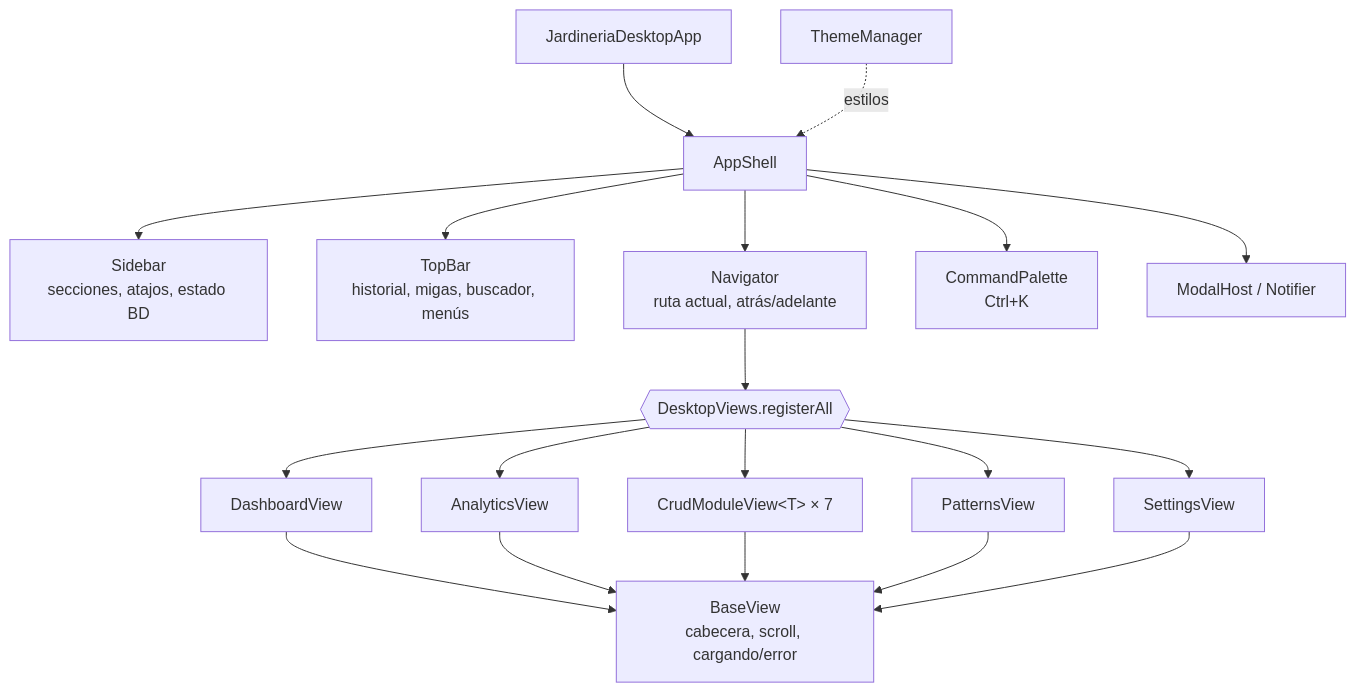
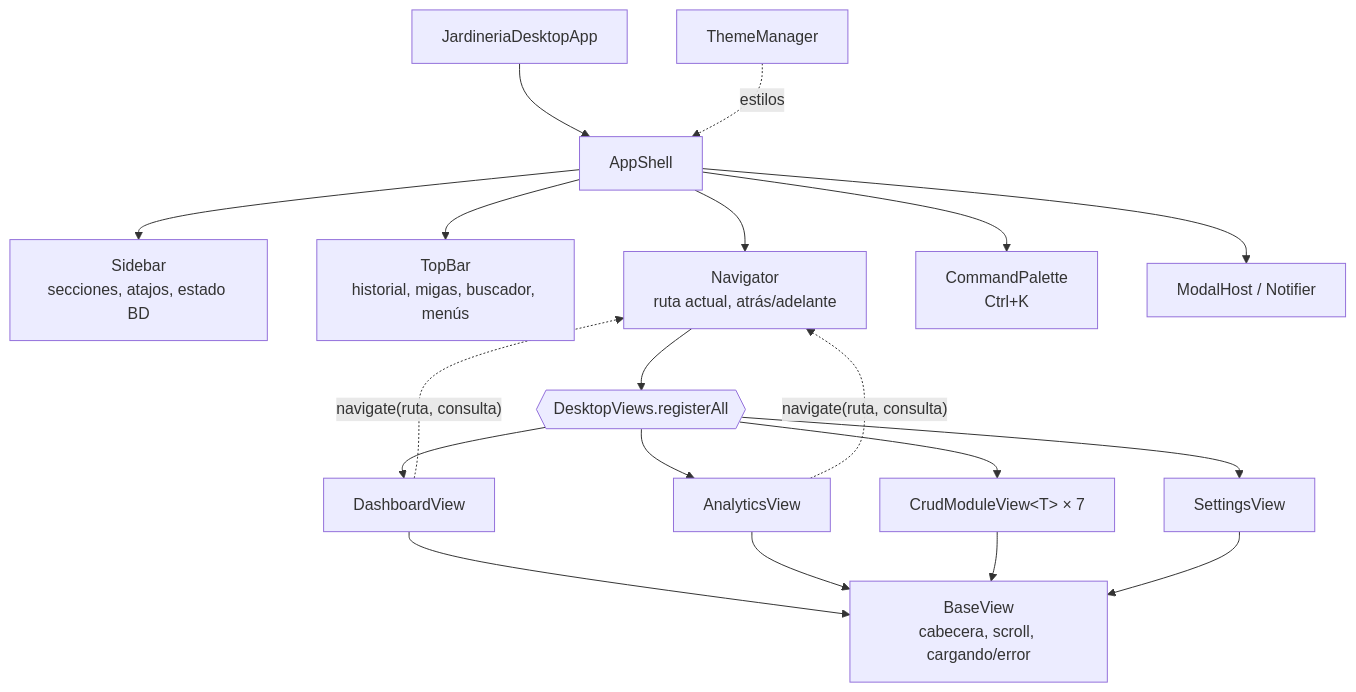
One commit to DEIMER-PY/gestion-db-jardineria changed the fifth of 5 diagrams in docs/ARQUITECTURA.md. Above: the diagram before and after it, drawn with Mermaid. The commit also changed other lines of this file and 4 other files, not shown here.

````diff
--- a/docs/ARQUITECTURA.md
+++ b/docs/ARQUITECTURA.md
@@ -181,17 +179,17 @@
 ```mermaid
 flowchart TB
     APP[JardineriaDesktopApp] --> SH[AppShell]
     SH --> SB[Sidebar<br/>secciones, atajos, estado BD]
     SH --> TB[TopBar<br/>historial, migas, buscador, menús]
     SH --> NAV[Navigator<br/>ruta actual, atrás/adelante]
     SH --> CP[CommandPalette<br/>Ctrl+K]
     SH --> MH[ModalHost / Notifier]
     NAV --> VIEWS{{DesktopViews.registerAll}}
     VIEWS --> DV[DashboardView]
     VIEWS --> AV[AnalyticsView]
     VIEWS --> CRUD["CrudModuleView&lt;T&gt; × 7"]
-    VIEWS --> PV[PatternsView]
     VIEWS --> SV[SettingsView]
-    DV & AV & CRUD & PV & SV --> BV[BaseView<br/>cabecera, scroll, cargando/error]
+    DV & AV & CRUD & SV --> BV[BaseView<br/>cabecera, scroll, cargando/error]
+    DV & AV -. "navigate(ruta, consulta)" .-> NAV
     TM[ThemeManager] -. estilos .-> SH
 ```
````
